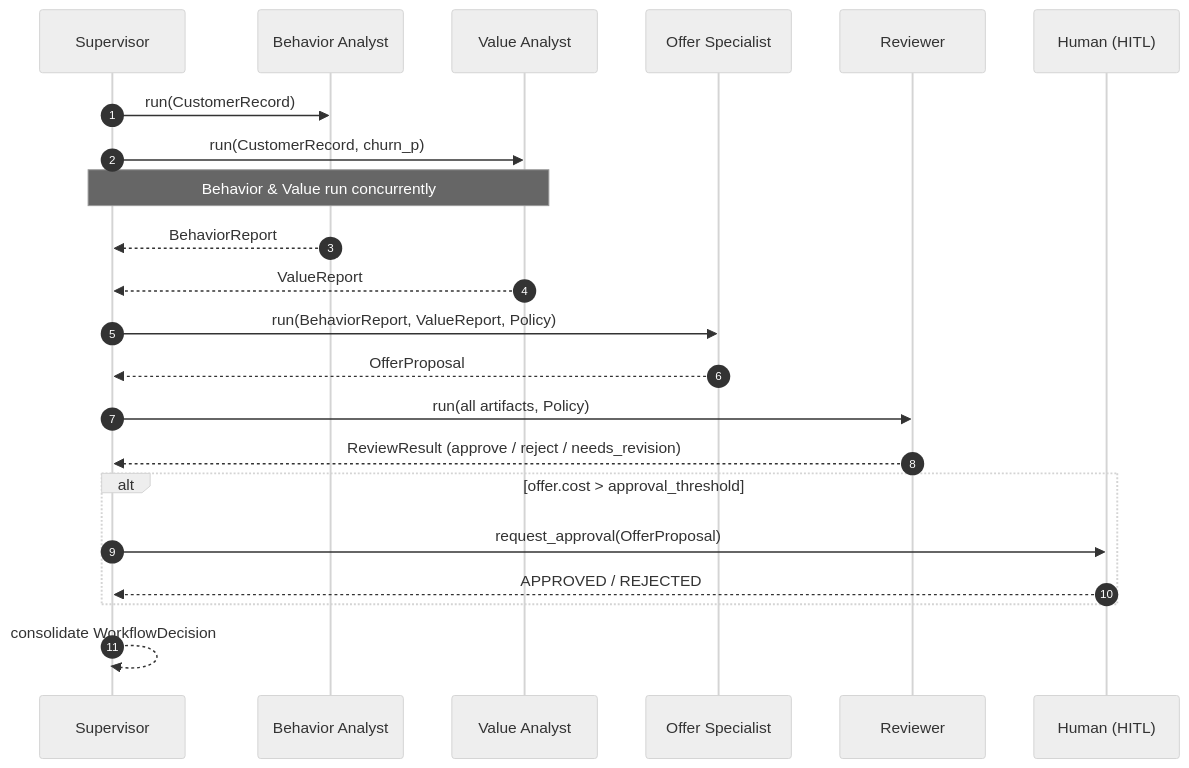
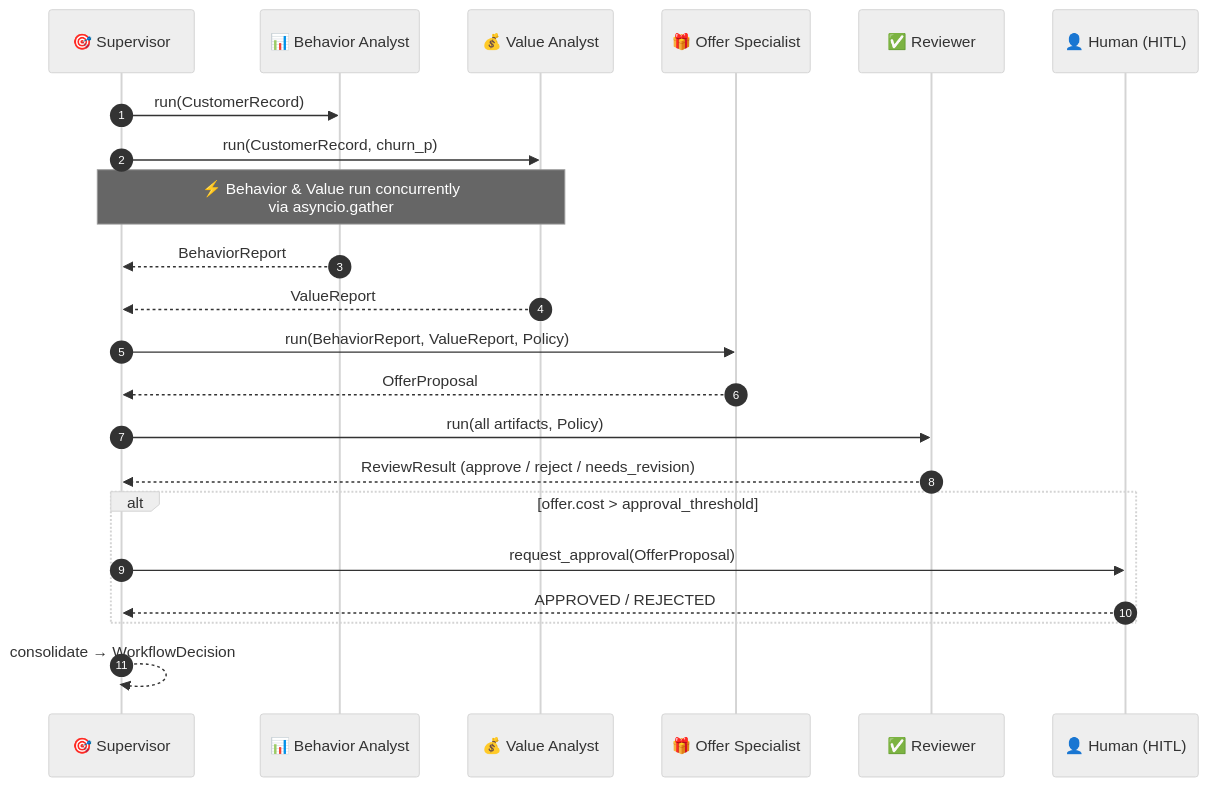
One commit to JoseDarioHernandez2/Stay_MultiAgent changed the second of 4 diagrams in README.md. Above: the diagram before and after it, drawn with Mermaid (neutral theme). The commit also changed other lines of this file and 1 other file, not shown here.

````diff
--- a/README.md
+++ b/README.md
@@ -78,25 +203,25 @@
 ```mermaid
 sequenceDiagram
     autonumber
-    participant S as Supervisor
-    participant B as Behavior Analyst
-    participant V as Value Analyst
-    participant O as Offer Specialist
-    participant R as Reviewer
-    participant H as Human (HITL)
+    participant S as 🎯 Supervisor
+    participant B as 📊 Behavior Analyst
+    participant V as 💰 Value Analyst
+    participant O as 🎁 Offer Specialist
+    participant R as ✅ Reviewer
+    participant H as 👤 Human (HITL)
 
     S->>B: run(CustomerRecord)
     S->>V: run(CustomerRecord, churn_p)
-    Note over S,V: Behavior & Value run concurrently
+    Note over S,V: ⚡ Behavior & Value run concurrently<br/>via asyncio.gather
     B-->>S: BehaviorReport
     V-->>S: ValueReport
     S->>O: run(BehaviorReport, ValueReport, Policy)
     O-->>S: OfferProposal
     S->>R: run(all artifacts, Policy)
     R-->>S: ReviewResult (approve / reject / needs_revision)
     alt offer.cost > approval_threshold
         S->>H: request_approval(OfferProposal)
         H-->>S: APPROVED / REJECTED
     end
-    S-->>S: consolidate WorkflowDecision
+    S-->>S: consolidate → WorkflowDecision
 ```
````
